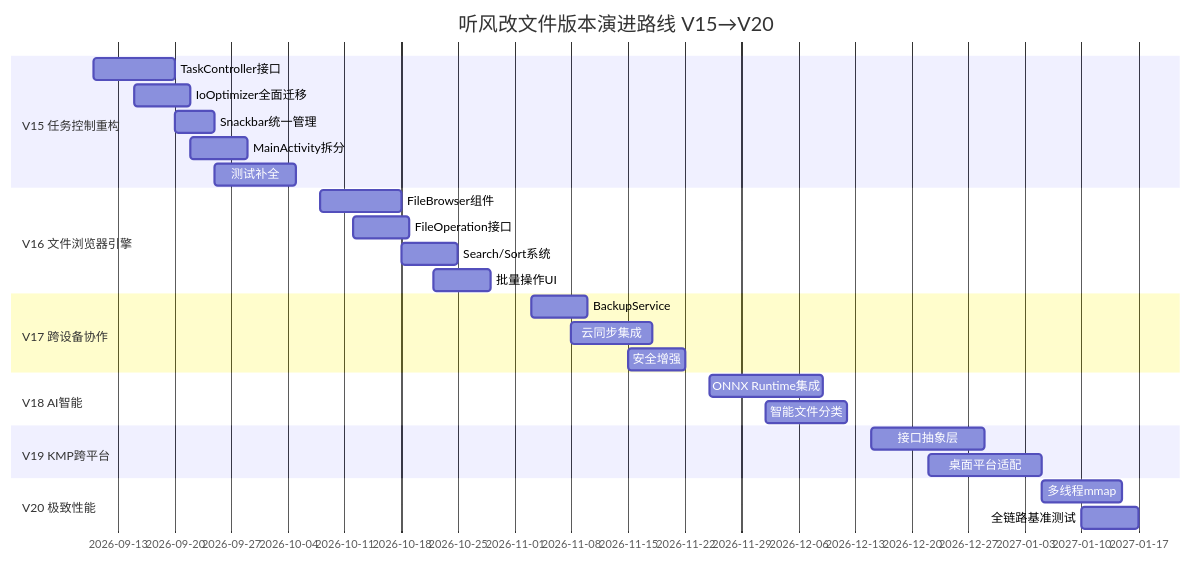
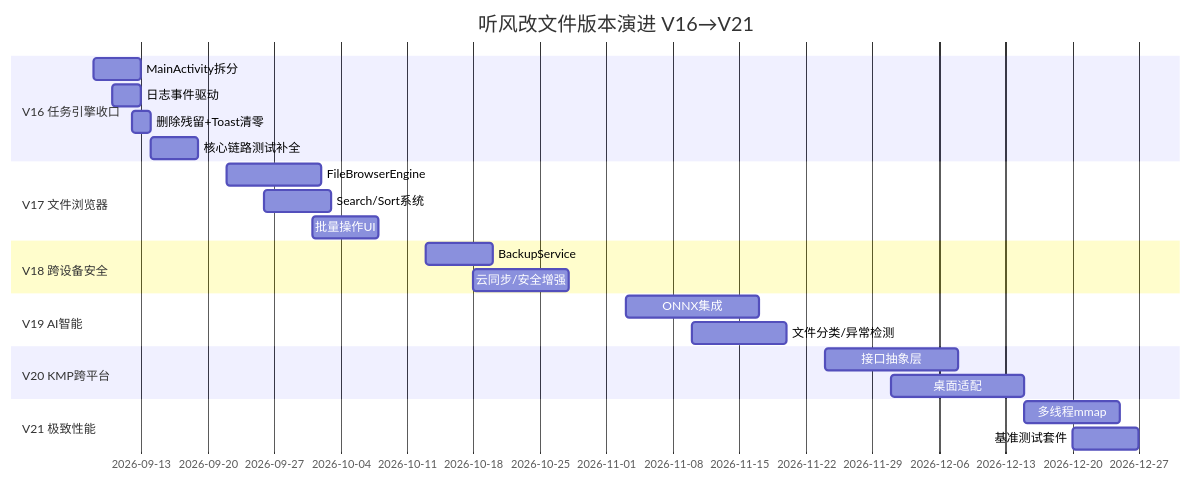
Before and after one commit to lza6/AirFileEditor: the diagram in docs/plans/下一步改进指南.md, drawn with Mermaid. The commit also changed other lines of this file and 16 other files, not shown here.

First line of the commit message:
feat: V16 任务引擎收口 — MainActivity拆分/日志事件化/删残留/测试补全

````diff
--- a/docs/plans/下一步改进指南.md
+++ b/docs/plans/下一步改进指南.md
@@ -170,29 +142,26 @@
 ```mermaid
 gantt
-    title 听风改文件版本演进路线 V15→V20
+    title 听风改文件版本演进 V16→V21
     dateFormat  YYYY-MM-DD
-    section V15 任务控制重构
-        TaskController接口          :v15-1, 2026-09-10, 10d
-        IoOptimizer全面迁移          :v15-2, 2026-09-15, 7d
-        Snackbar统一管理             :v15-3, 2026-09-20, 5d
-        MainActivity拆分             :v15-4, 2026-09-22, 7d
-        测试补全                     :v15-5, 2026-09-25, 10d
-    section V16 文件浏览器引擎
-        FileBrowser组件              :v16-1, 2026-10-08, 10d
-        FileOperation接口             :v16-2, 2026-10-12, 7d
-        Search/Sort系统              :v16-3, 2026-10-18, 7d
-        批量操作UI                   :v16-4, 2026-10-22, 7d
-    section V17 跨设备协作
-        BackupService                :v17-1, 2026-11-03, 7d
-        云同步集成                    :v17-2, 2026-11-08, 10d
-        安全增强                      :v17-3, 2026-11-15, 7d
-    section V18 AI智能
-        ONNX Runtime集成             :v18-1, 2026-11-25, 14d
-        智能文件分类                  :v18-2, 2026-12-02, 10d
-    section V19 KMP跨平台
-        接口抽象层                    :v19-1, 2026-12-15, 14d
-        桌面平台适配                  :v19-2, 2026-12-22, 14d
-    section V20 极致性能
-        多线程mmap                   :v20-1, 2027-01-05, 10d
-        全链路基准测试                :v20-2, 2027-01-10, 7d
+    section V16 任务引擎收口
+        MainActivity拆分          :v16-1, 2026-09-08, 5d
+        日志事件驱动               :v16-2, 2026-09-10, 3d
+        删除残留+Toast清零         :v16-3, 2026-09-12, 2d
+        核心链路测试补全           :v16-4, 2026-09-14, 5d
+    section V17 文件浏览器
+        FileBrowserEngine         :v17-1, 2026-09-22, 10d
+        Search/Sort系统           :v17-2, 2026-09-26, 7d
+        批量操作UI                :v17-3, 2026-10-01, 7d
+    section V18 跨设备安全
+        BackupService             :v18-1, 2026-10-13, 7d
+        云同步/安全增强            :v18-2, 2026-10-18, 10d
+    section V19 AI智能
+        ONNX集成                  :v19-1, 2026-11-03, 14d
+        文件分类/异常检测          :v19-2, 2026-11-10, 10d
+    section V20 KMP跨平台
+        接口抽象层                 :v20-1, 2026-11-24, 14d
+        桌面适配                   :v20-2, 2026-12-01, 14d
+    section V21 极致性能
+        多线程mmap                 :v21-1, 2026-12-15, 10d
+        基准测试套件               :v21-2, 2026-12-20, 7d
 ```
````
